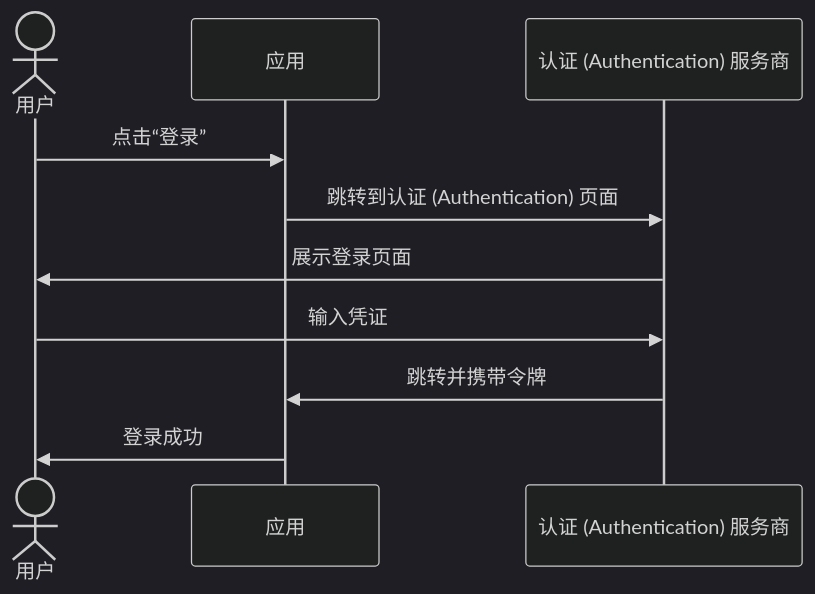
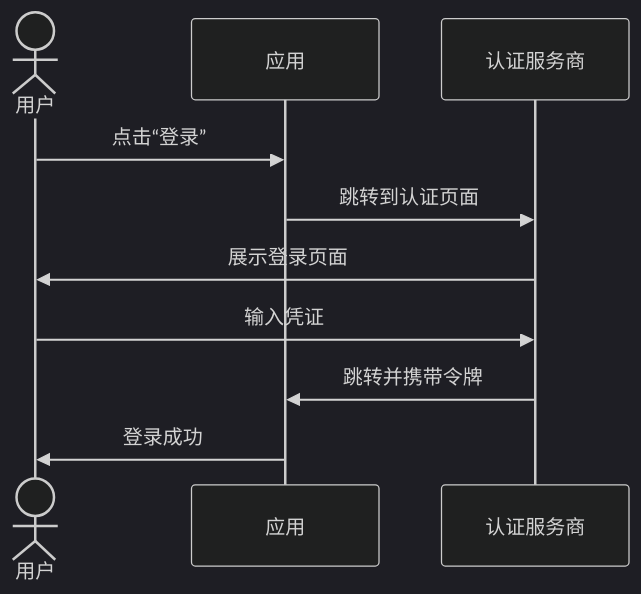
One commit to logto-io/docs changed the first of 7 diagrams in i18n/zh-CN/docusaurus-plugin-content-docs/current/use-cases/multi-tenancy/build-multi-tenant-saas-application.mdx. Above: the diagram before and after it, drawn with Mermaid (dark theme). The commit also changed other lines of this file and 74 other files, not shown here.

````diff
--- a/i18n/zh-CN/docusaurus-plugin-content-docs/current/use-cases/multi-tenancy/build-multi-tenant-saas-application.mdx
+++ b/i18n/zh-CN/docusaurus-plugin-content-docs/current/use-cases/multi-tenancy/build-multi-tenant-saas-application.mdx
@@ -186,13 +186,13 @@
 ```mermaid
 sequenceDiagram
   actor u as 用户
   participant a as 应用
-  participant auth as 认证 (Authentication) 服务商
+  participant auth as 认证服务商
 
   u->>a: 点击“登录”
-  a->>auth: 跳转到认证 (Authentication) 页面
+  a->>auth: 跳转到认证页面
   auth->>u: 展示登录页面
   u->>auth: 输入凭证
   auth->>a: 跳转并携带令牌
   a->>u: 登录成功
 ```
````
